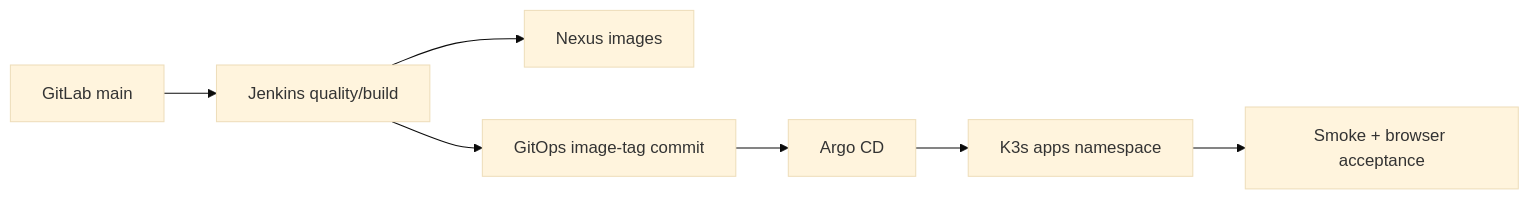
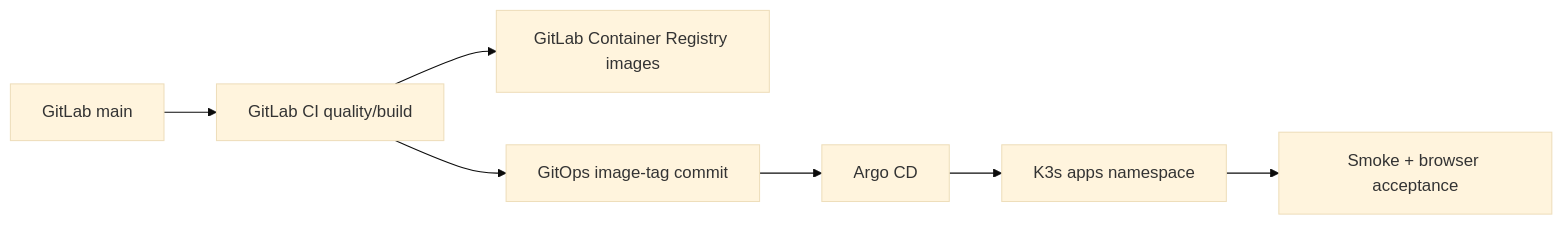
Before and after one commit to chefzaid/devapp: the second of 2 diagrams in docs/architecture.md, drawn with Mermaid (base theme). The commit also changed other lines of this file and 24 other files, not shown here.

Commit message:
ci: migrate delivery from Jenkins to GitLab

````diff
--- a/docs/architecture.md
+++ b/docs/architecture.md
@@ -24,9 +24,9 @@
 ```mermaid
 flowchart LR
-    source[GitLab main] --> jenkins[Jenkins quality/build]
-    jenkins --> nexus[Nexus images]
-    jenkins --> desired[GitOps image-tag commit]
+    source[GitLab main] --> pipeline[GitLab CI quality/build]
+    pipeline --> registry[GitLab Container Registry images]
+    pipeline --> desired[GitOps image-tag commit]
     desired --> argo[Argo CD]
     argo --> k3s[K3s apps namespace]
     k3s --> acceptance[Smoke + browser acceptance]
 ```
````
